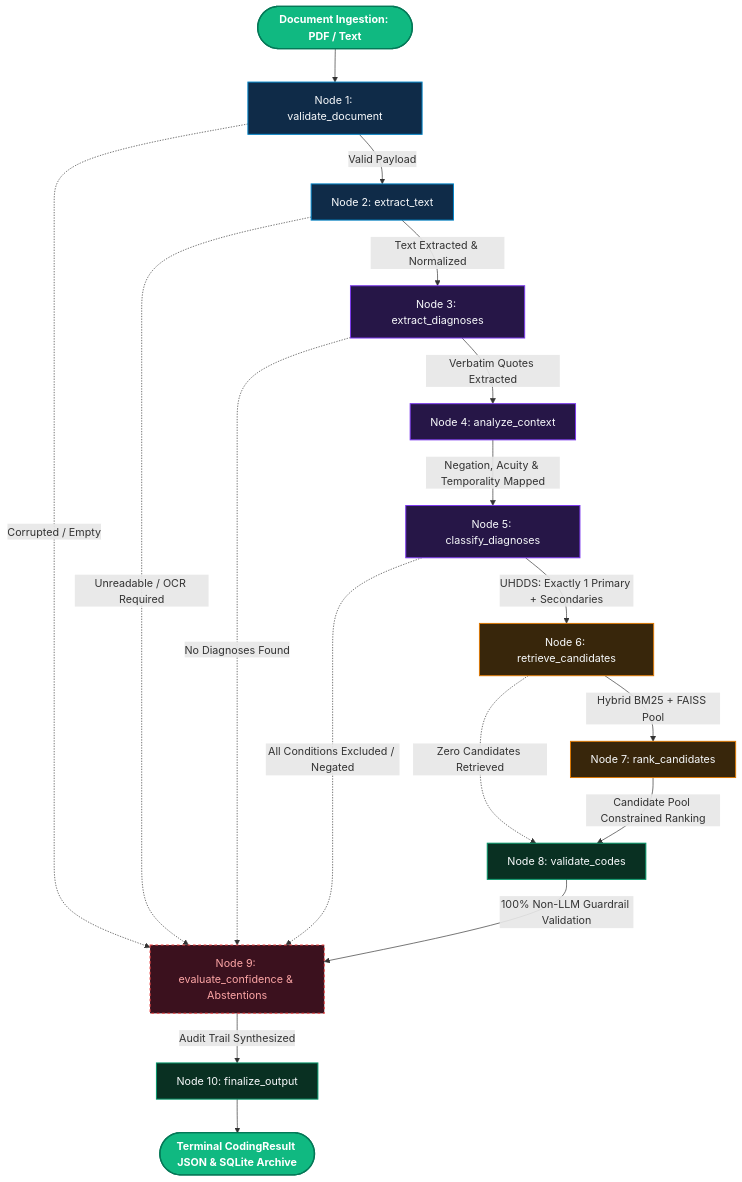
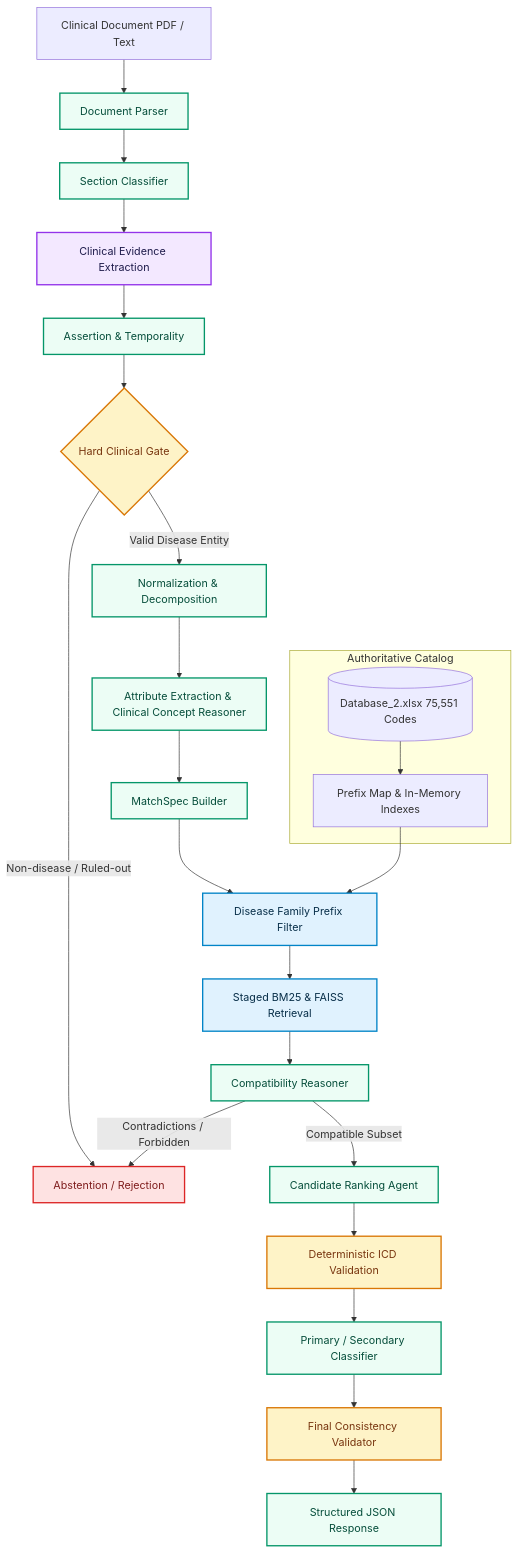
One commit to AbhinavEliac/Agentic_ICD_Code_Matcher changed the diagram in README.md. Above: the diagram before and after it, drawn with Mermaid. The commit also changed other lines of this file and 45 other files, not shown here.

````diff
--- a/README.md
+++ b/README.md
@@ -101,35 +114,39 @@
 ```mermaid
 flowchart TD
-    classDef startEnd fill:#10b981,stroke:#047857,stroke-width:2px,color:#ffffff,font-weight:bold;
-    classDef phase1 fill:#0f2b48,stroke:#0284c7,stroke-width:1.5px,color:#f8fafc;
-    classDef phase2 fill:#261647,stroke:#7c3aed,stroke-width:1.5px,color:#f8fafc;
-    classDef phase3 fill:#38260b,stroke:#d97706,stroke-width:1.5px,color:#f8fafc;
-    classDef phase4 fill:#093022,stroke:#059669,stroke-width:1.5px,color:#f8fafc;
-    classDef failPath fill:#3b111e,stroke:#ef4444,stroke-width:1.5px,stroke-dasharray: 4 4,color:#fca5a5;
+    classDef llm fill:#f3e8ff,stroke:#9333ea,stroke-width:2px,color:#1e1b4b;
+    classDef det fill:#ecfdf5,stroke:#059669,stroke-width:2px,color:#064e3b;
+    classDef ret fill:#e0f2fe,stroke:#0284c7,stroke-width:2px,color:#082f49;
+    classDef gate fill:#fef3c7,stroke:#d97706,stroke-width:2px,color:#78350f;
+    classDef firewall fill:#fee2e2,stroke:#dc2626,stroke-width:2px,color:#7f1d1d;
 
-    START([Document Ingestion: PDF / Text]):::startEnd --> N1[Node 1: validate_document]:::phase1
+    DOC[Clinical Document PDF / Text] --> PARSER[Document Parser]:::det
+    PARSER --> SEC[Section Classifier]:::det
+    SEC --> EXTRACT[Clinical Evidence Extraction]:::llm
+    EXTRACT --> ASSERT[Assertion & Temporality]:::det
+
+    ASSERT --> GATE{Hard Clinical Gate}:::gate
+    GATE -- Non-disease / Ruled-out --> ABSTAIN[Abstention / Rejection]:::firewall
+    GATE -- Valid Disease Entity --> NORM[Normalization & Decomposition]:::det
     
-    N1 -->|Valid Payload| N2[Node 2: extract_text]:::phase1
-    N1 -.->|Corrupted / Empty| N9[Node 9: evaluate_confidence & Abstentions]:::failPath
+    NORM --> ATTR[Attribute Extraction & Clinical Concept Reasoner]:::det
+    ATTR --> MATCH_SPEC[MatchSpec Builder]:::det
     
-    N2 -->|Text Extracted & Normalized| N3[Node 3: extract_diagnoses]:::phase2
-    N2 -.->|Unreadable / OCR Required| N9
+    subgraph Database_Layer [Authoritative Catalog]
+        DB[(Database_2.xlsx 75,551 Codes)]
+        INDEX[Prefix Map & In-Memory Indexes]
+        DB --> INDEX
+    end
+
+    MATCH_SPEC --> FAM_FILTER[Disease Family Prefix Filter]:::ret
+    INDEX --> FAM_FILTER
+    FAM_FILTER --> RETRIEVE[Staged BM25 & FAISS Retrieval]:::ret
+    RETRIEVE --> COMPAT[Compatibility Reasoner]:::det
     
-    N3 -->|Verbatim Quotes Extracted| N4[Node 4: analyze_context]:::phase2
-    N3 -.->|No Diagnoses Found| N9
+    COMPAT -- Contradictions / Forbidden --> ABSTAIN
+    COMPAT -- Compatible Subset --> RANK[Candidate Ranking Agent]:::det
     
-    N4 -->|Negation, Acuity & Temporality Mapped| N5[Node 5: classify_diagnoses]:::phase2
-    
-    N5 -->|UHDDS: Exactly 1 Primary + Secondaries| N6[Node 6: retrieve_candidates]:::phase3
-    N5 -.->|All Conditions Excluded / Negated| N9
-    
-    N6 -->|Hybrid BM25 + FAISS Pool| N7[Node 7: rank_candidates]:::phase3
-    N6 -.->|Zero Candidates Retrieved| N8[Node 8: validate_codes]:::phase4
-    
-    N7 -->|Candidate Pool Constrained Ranking| N8
-    
-    N8 -->|100% Non-LLM Guardrail Validation| N9
-    
-    N9 -->|Audit Trail Synthesized| N10[Node 10: finalize_output]:::phase4
-    N10 --> END([Terminal CodingResult JSON & SQLite Archive]):::startEnd
+    RANK --> VALIDATE[Deterministic ICD Validation]:::gate
+    VALIDATE --> PRIMARY_SEC[Primary / Secondary Classifier]:::det
+    PRIMARY_SEC --> CONSISTENCY[Final Consistency Validator]:::gate
+    CONSISTENCY --> JSON_OUT[Structured JSON Response]:::det
 ```
````
